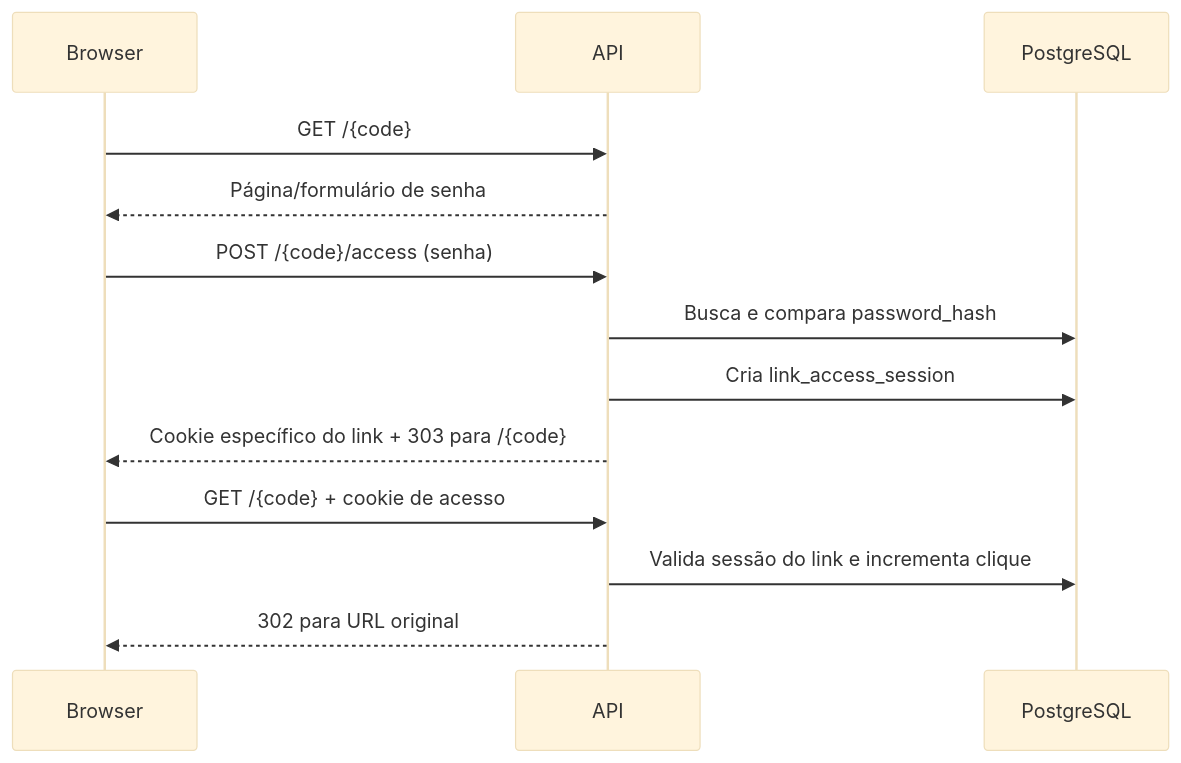
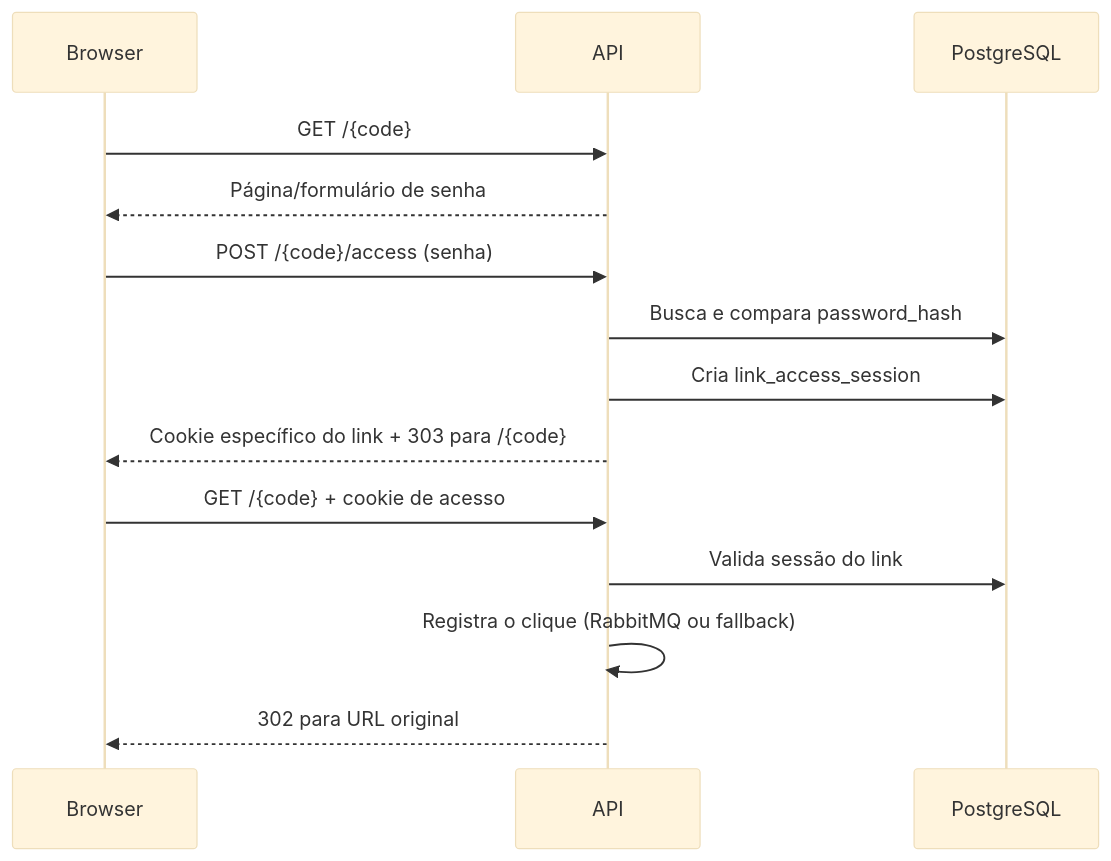
The fifth of 6 diagrams in docs/short-links.md (fredsaggio/shortbit), drawn with Mermaid (base theme) before and after one commit. The commit also changed other lines of this file and 8 other files, not shown here.

````diff
--- a/docs/short-links.md
+++ b/docs/short-links.md
@@ -125,16 +126,17 @@
 ```mermaid
 sequenceDiagram
     participant Browser
     participant API
     participant DB as PostgreSQL
 
     Browser->>API: GET /{code}
     API-->>Browser: Página/formulário de senha
     Browser->>API: POST /{code}/access (senha)
     API->>DB: Busca e compara password_hash
     API->>DB: Cria link_access_session
     API-->>Browser: Cookie específico do link + 303 para /{code}
     Browser->>API: GET /{code} + cookie de acesso
-    API->>DB: Valida sessão do link e incrementa clique
+    API->>DB: Valida sessão do link
+    API->>API: Registra o clique (RabbitMQ ou fallback)
     API-->>Browser: 302 para URL original
 ```
````
